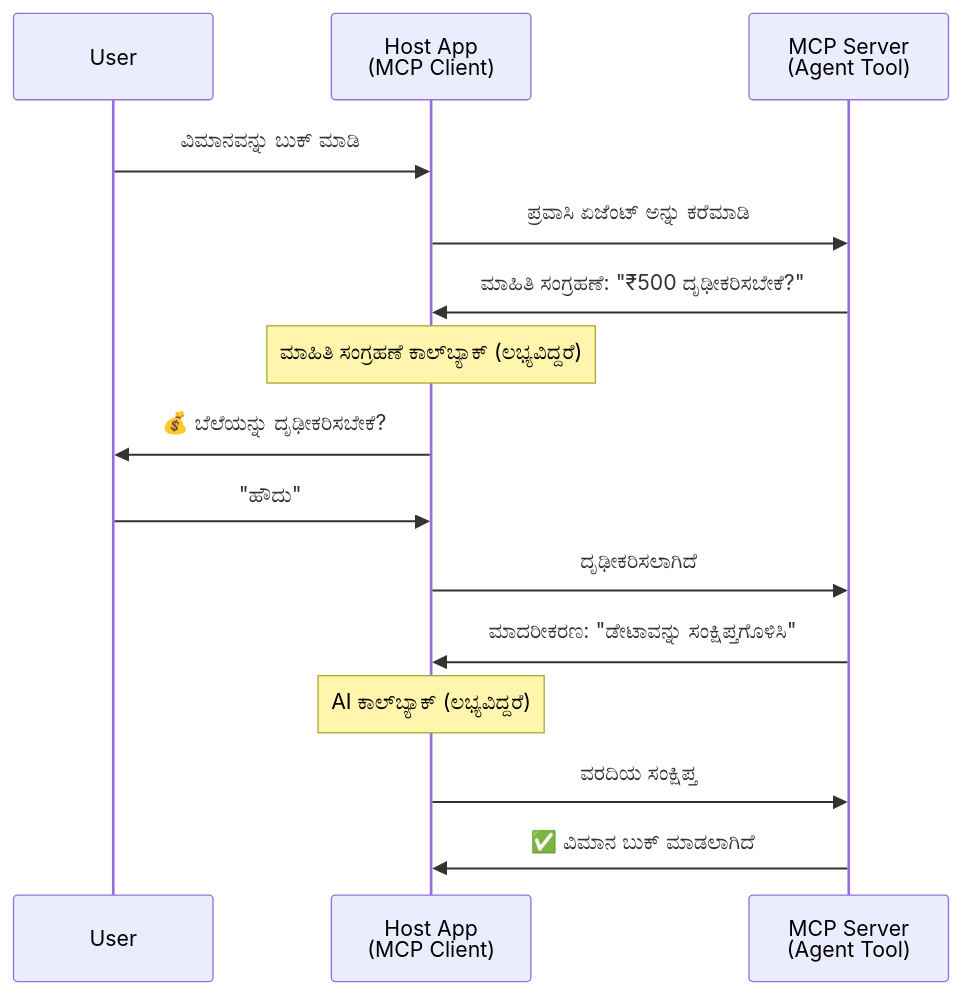
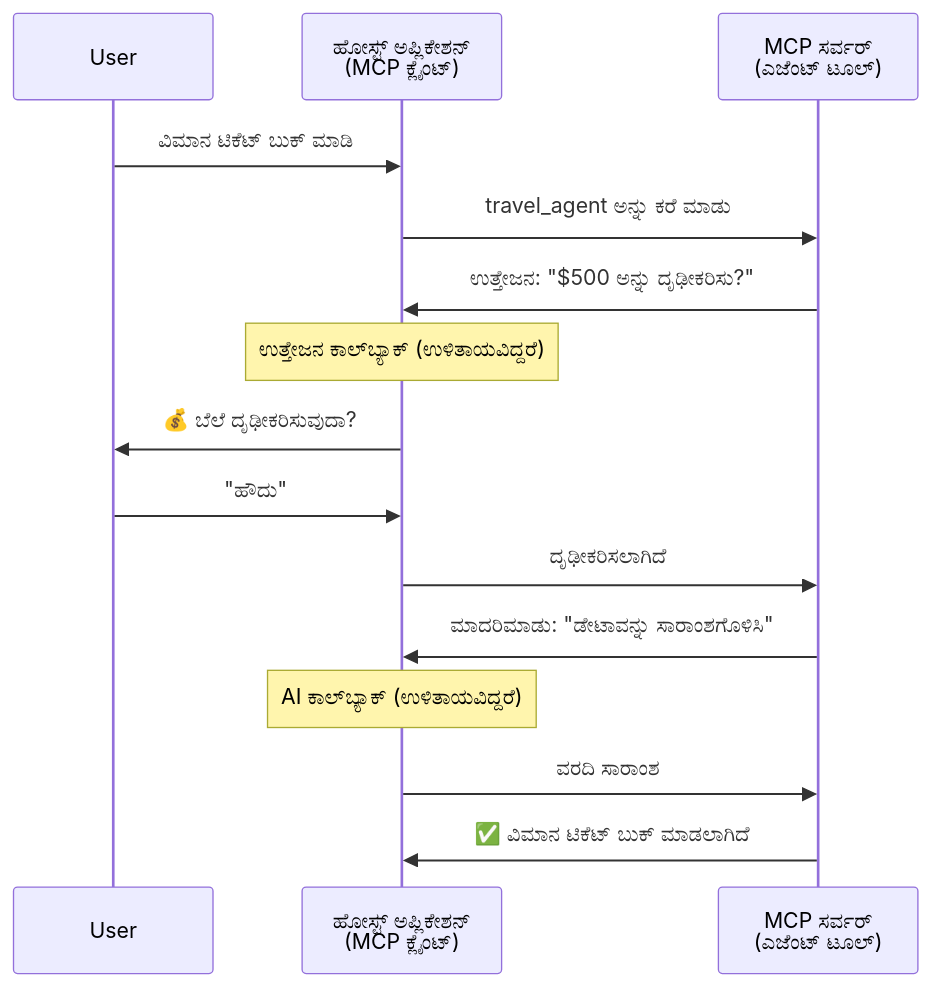
The fourth of 5 diagrams in mirrors/repos/microsoft@ai-agents-for-beginners/translations/kn/11-agentic-protocols/code_samples/mcp-agents/README.md (gabrielmoreira/agent-skills-mirror), drawn with Mermaid before and after one commit. The commit also changed other lines of this file and 4482 other files, not shown here.

````diff
--- a/mirrors/repos/microsoft@ai-agents-for-beginners/translations/kn/11-agentic-protocols/code_samples/mcp-agents/README.md
+++ b/mirrors/repos/microsoft@ai-agents-for-beginners/translations/kn/11-agentic-protocols/code_samples/mcp-agents/README.md
@@ -160,21 +163,21 @@
 ```mermaid
 sequenceDiagram
     participant User
-    participant Host as Host App<br/>(MCP Client)
-    participant Server as MCP Server<br/>(Agent Tool)
+    participant Host as ಹೋಸ್ಟ್ ಅಪ್ಲಿಕೇಶನ್<br/>(MCP ಕ್ಲೈಂಟ್)
+    participant Server as MCP ಸರ್ವರ್<br/>(ಎಜೆಂಟ್ ಟೂಲ್)
 
-    User->>Host: ವಿಮಾನವನ್ನು ಬುಕ್ ಮಾಡಿ
-    Host->>Server: ಪ್ರವಾಸಿ ಏಜೆಂಟ್ ಅನ್ನು ಕರೆಮಾಡಿ
+    User->>Host: ವಿಮಾನ ಟಿಕೆಟ್ ಬುಕ್ ಮಾಡಿ
+    Host->>Server: travel_agent ಅನ್ನು ಕರೆ ಮಾಡು
 
-    Server->>Host: ಮಾಹಿತಿ ಸಂಗ್ರಹಣೆ: "₹500 ದೃಢೀಕರಿಸಬೇಕೆ?"
-    Note over Host: ಮಾಹಿತಿ ಸಂಗ್ರಹಣೆ ಕಾಲ್‌ಬ್ಯಾಕ್ (ಲಭ್ಯವಿದ್ದರೆ)
-    Host->>User: 💰 ಬೆಲೆಯನ್ನು ದೃಢೀಕರಿಸಬೇಕೆ?
+    Server->>Host: ಉತ್ತೇಜನ: "$500 ಅನ್ನು ದೃಢೀಕರಿಸು?"
+    Note over Host: ಉತ್ತೇಜನ ಕಾಲ್‌ಬ್ಯಾಕ್ (ಉಳಿತಾಯವಿದ್ದರೆ)
+    Host->>User: 💰 ಬೆಲೆ ದೃಢೀಕರಿಸುವುದಾ?
     User->>Host: "ಹೌದು"
     Host->>Server: ದೃಢೀಕರಿಸಲಾಗಿದೆ
 
-    Server->>Host: ಮಾದರೀಕರಣ: "ಡೇಟಾವನ್ನು ಸಂಕ್ಷಿಪ್ತಗೊಳಿಸಿ"
-    Note over Host: AI ಕಾಲ್‌ಬ್ಯಾಕ್ (ಲಭ್ಯವಿದ್ದರೆ)
-    Host->>Server: ವರದಿಯ ಸಂಕ್ಷಿಪ್ತ
+    Server->>Host: ಮಾದರಿಮಾಡು: "ಡೇಟಾವನ್ನು ಸಾರಾಂಶಗೊಳಿಸಿ"
+    Note over Host: AI ಕಾಲ್‌ಬ್ಯಾಕ್ (ಉಳಿತಾಯವಿದ್ದರೆ)
+    Host->>Server: ವರದಿ ಸಾರಾಂಶ
 
-    Server->>Host: ✅ ವಿಮಾನ ಬುಕ್ ಮಾಡಲಾಗಿದೆ
+    Server->>Host: ✅ ವಿಮಾನ ಟಿಕೆಟ್ ಬುಕ್ ಮಾಡಲಾಗಿದೆ
 ```
````
